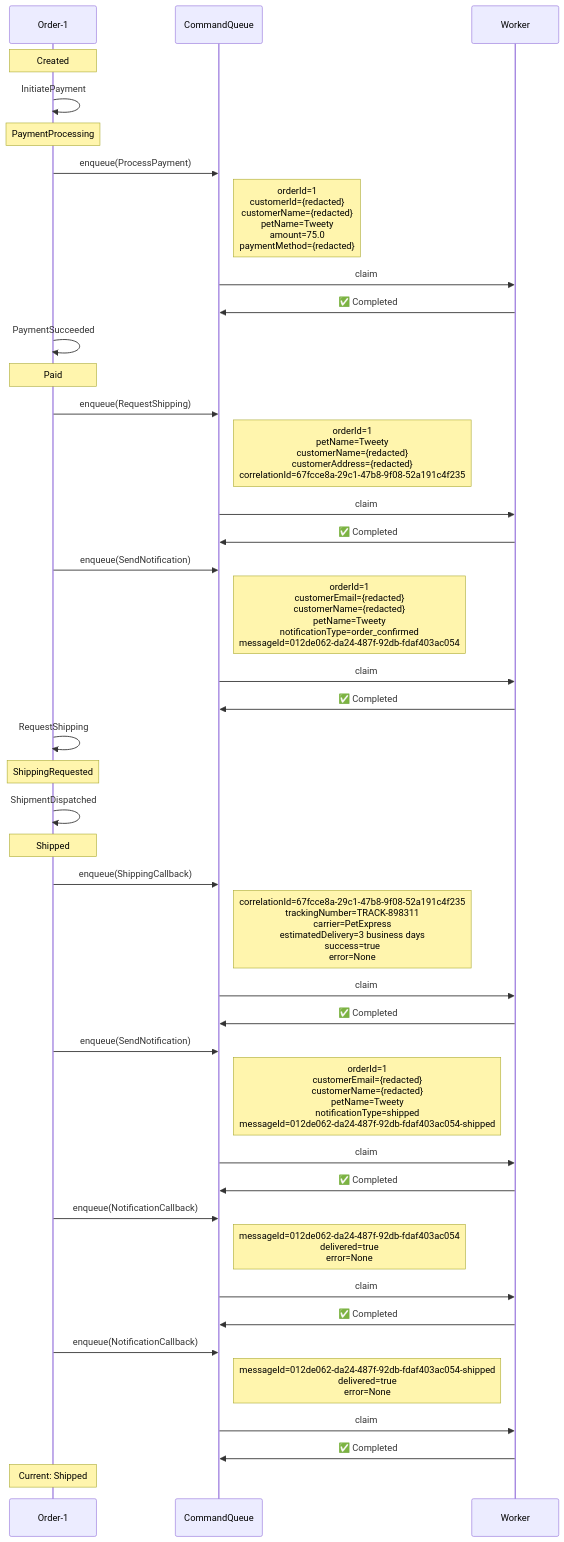
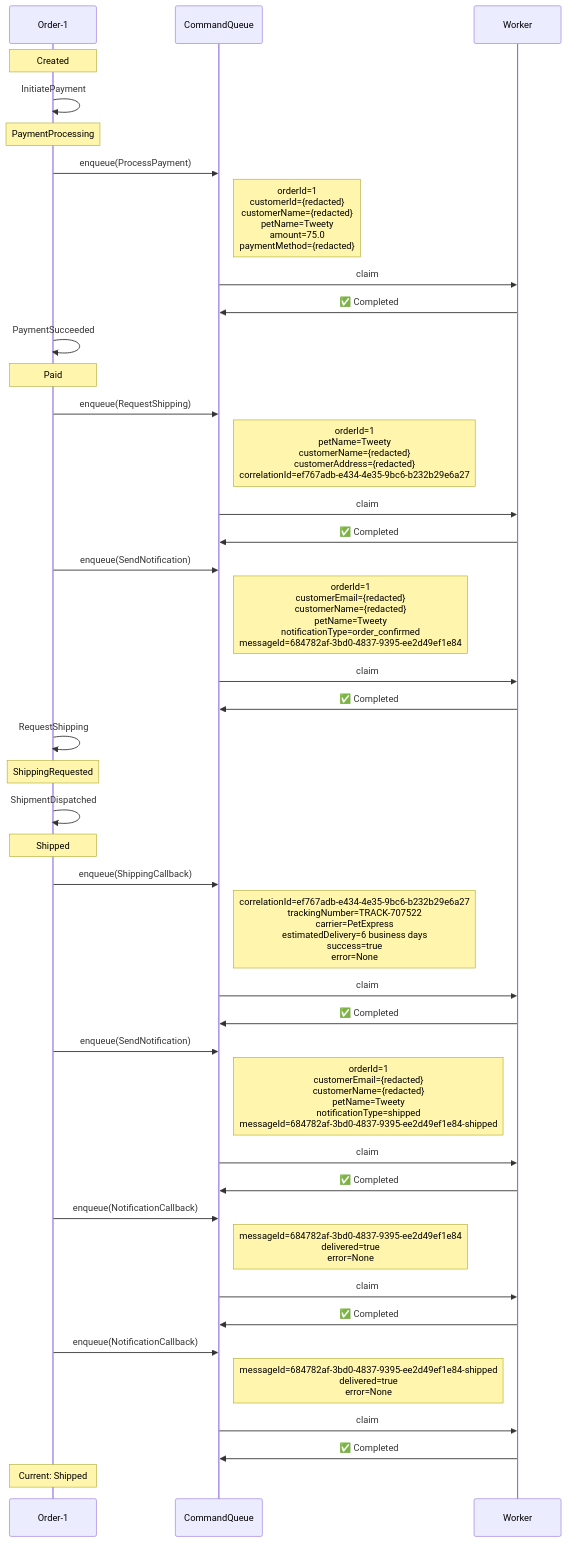
One commit to Iterable/mechanoid changed the first of 3 diagrams in docs/visualizations/order-1-trace.md. Above: the diagram before and after it, drawn with Mermaid. The commit also changed 6 other files, not shown here.

````diff
--- a/docs/visualizations/order-1-trace.md
+++ b/docs/visualizations/order-1-trace.md
@@ -11,45 +11,46 @@
 ```mermaid
+%%{init: {'themeCSS': '.noteText { text-align: left !important; }'}}%%
 sequenceDiagram
     participant FSM as Order-1
     participant CQ as CommandQueue
     participant W as Worker
 
     Note over FSM: Created
     FSM->>FSM: InitiatePayment
     Note over FSM: PaymentProcessing
     FSM->>CQ: enqueue(ProcessPayment)
     Note right of CQ: orderId=1<br/>customerId={redacted}<br/>customerName={redacted}<br/>petName=Tweety<br/>amount=75.0<br/>paymentMethod={redacted}
     CQ->>W: claim
     W->>CQ: ✅ Completed
     FSM->>FSM: PaymentSucceeded
     Note over FSM: Paid
     FSM->>CQ: enqueue(RequestShipping)
-    Note right of CQ: orderId=1<br/>petName=Tweety<br/>customerName={redacted}<br/>customerAddress={redacted}<br/>correlationId=67fcce8a-29c1-47b8-9f08-52a191c4f235
+    Note right of CQ: orderId=1<br/>petName=Tweety<br/>customerName={redacted}<br/>customerAddress={redacted}<br/>correlationId=ef767adb-e434-4e35-9bc6-b232b29e6a27
     CQ->>W: claim
     W->>CQ: ✅ Completed
     FSM->>CQ: enqueue(SendNotification)
-    Note right of CQ: orderId=1<br/>customerEmail={redacted}<br/>customerName={redacted}<br/>petName=Tweety<br/>notificationType=order_confirmed<br/>messageId=012de062-da24-487f-92db-fdaf403ac054
+    Note right of CQ: orderId=1<br/>customerEmail={redacted}<br/>customerName={redacted}<br/>petName=Tweety<br/>notificationType=order_confirmed<br/>messageId=684782af-3bd0-4837-9395-ee2d49ef1e84
     CQ->>W: claim
     W->>CQ: ✅ Completed
     FSM->>FSM: RequestShipping
     Note over FSM: ShippingRequested
     FSM->>FSM: ShipmentDispatched
     Note over FSM: Shipped
     FSM->>CQ: enqueue(ShippingCallback)
-    Note right of CQ: correlationId=67fcce8a-29c1-47b8-9f08-52a191c4f235<br/>trackingNumber=TRACK-898311<br/>carrier=PetExpress<br/>estimatedDelivery=3 business days<br/>success=true<br/>error=None
+    Note right of CQ: correlationId=ef767adb-e434-4e35-9bc6-b232b29e6a27<br/>trackingNumber=TRACK-707522<br/>carrier=PetExpress<br/>estimatedDelivery=6 business days<br/>success=true<br/>error=None
     CQ->>W: claim
     W->>CQ: ✅ Completed
     FSM->>CQ: enqueue(SendNotification)
-    Note right of CQ: orderId=1<br/>customerEmail={redacted}<br/>customerName={redacted}<br/>petName=Tweety<br/>notificationType=shipped<br/>messageId=012de062-da24-487f-92db-fdaf403ac054-shipped
+    Note right of CQ: orderId=1<br/>customerEmail={redacted}<br/>customerName={redacted}<br/>petName=Tweety<br/>notificationType=shipped<br/>messageId=684782af-3bd0-4837-9395-ee2d49ef1e84-shipped
     CQ->>W: claim
     W->>CQ: ✅ Completed
     FSM->>CQ: enqueue(NotificationCallback)
-    Note right of CQ: messageId=012de062-da24-487f-92db-fdaf403ac054<br/>delivered=true<br/>error=None
+    Note right of CQ: messageId=684782af-3bd0-4837-9395-ee2d49ef1e84<br/>delivered=true<br/>error=None
     CQ->>W: claim
     W->>CQ: ✅ Completed
     FSM->>CQ: enqueue(NotificationCallback)
-    Note right of CQ: messageId=012de062-da24-487f-92db-fdaf403ac054-shipped<br/>delivered=true<br/>error=None
+    Note right of CQ: messageId=684782af-3bd0-4837-9395-ee2d49ef1e84-shipped<br/>delivered=true<br/>error=None
     CQ->>W: claim
     W->>CQ: ✅ Completed
     Note over FSM: Current: Shipped
 ```
````
